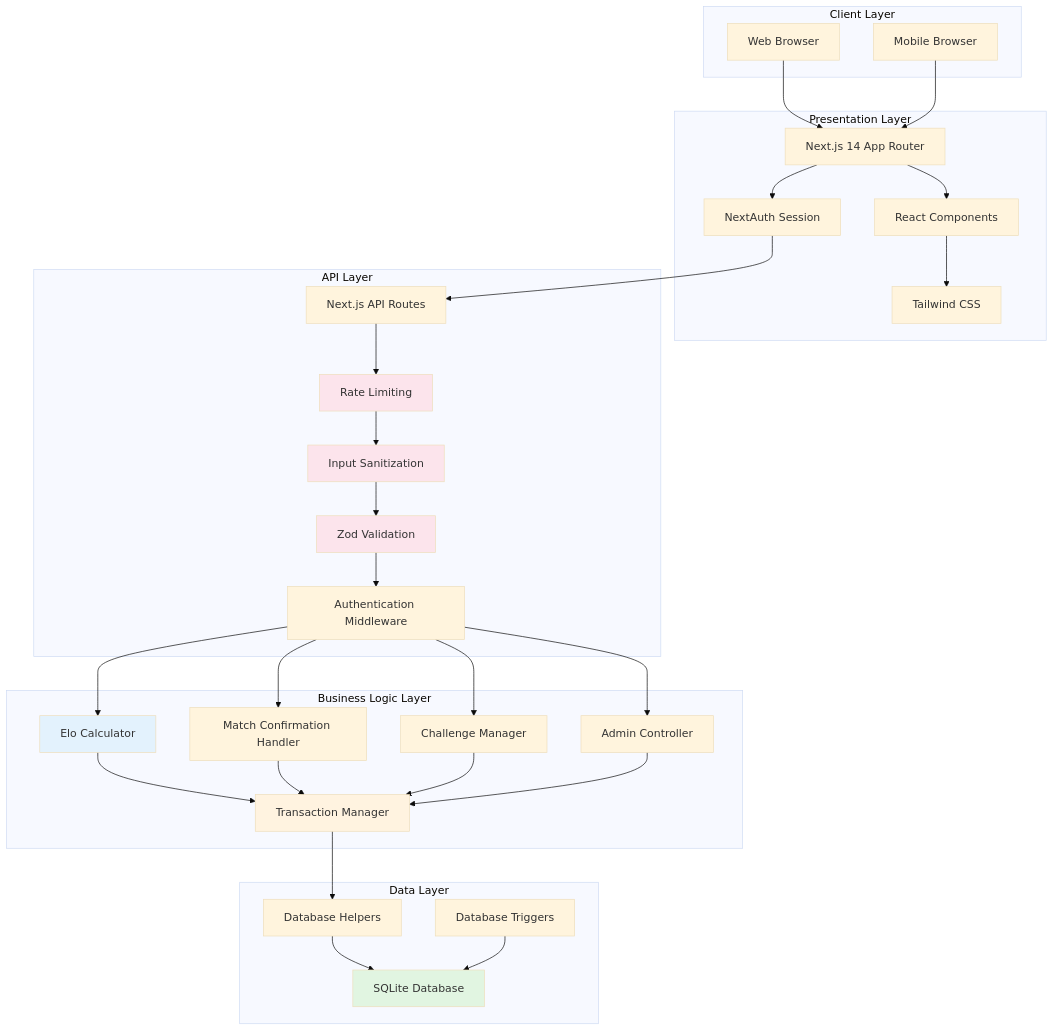
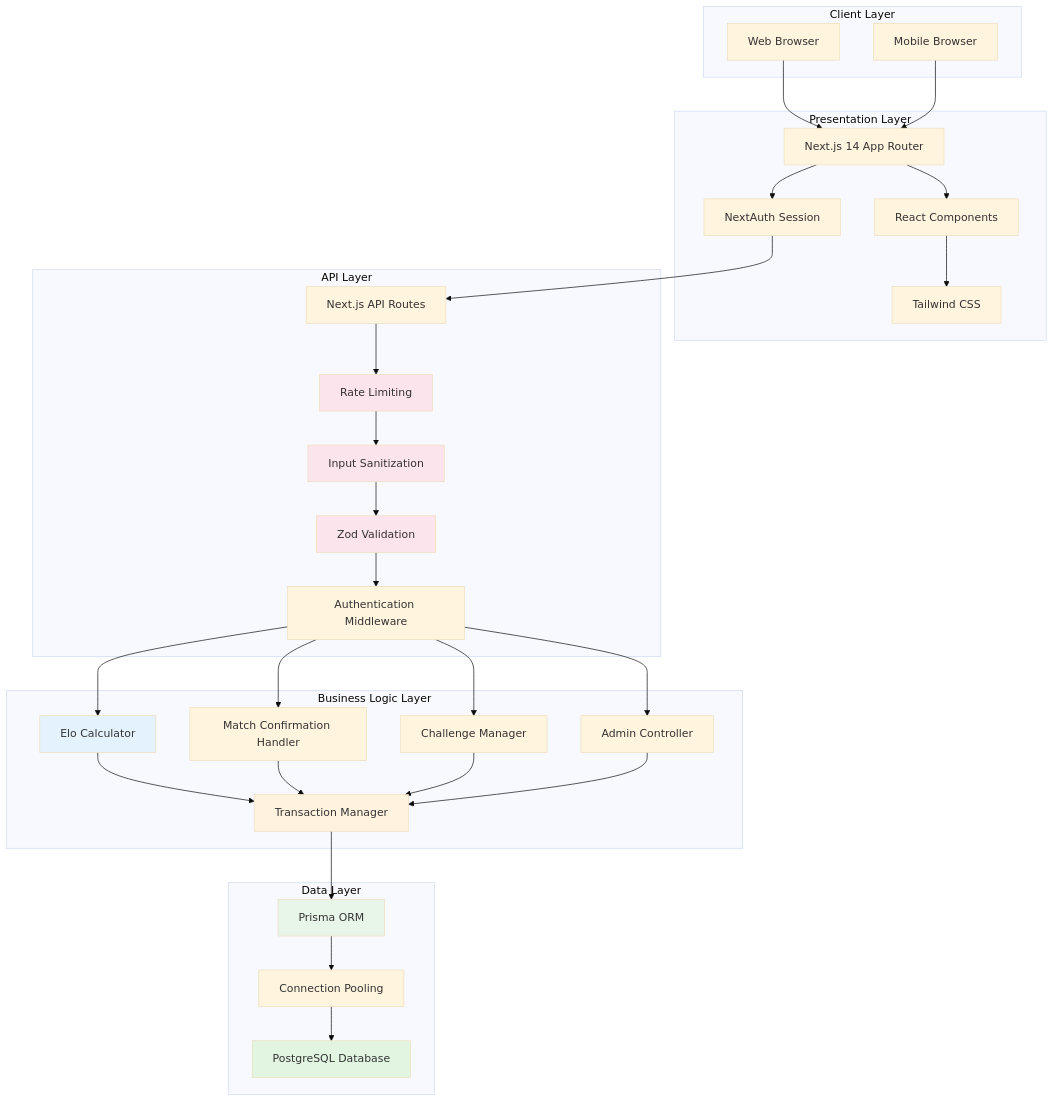
One commit to UziB26/leagueladder changed the first of 17 diagrams in doc/architecture.md. Above: the diagram before and after it, drawn with Mermaid (base theme). The commit also changed other lines of this file and 7 other files, not shown here.

````diff
--- a/doc/architecture.md
+++ b/doc/architecture.md
@@ -5,65 +10,66 @@
 ```mermaid
 graph TB
     subgraph "Client Layer"
         A[Web Browser]
         B[Mobile Browser]
     end
     
     subgraph "Presentation Layer"
         C[Next.js 14 App Router]
         D[React Components]
         E[Tailwind CSS]
         F[NextAuth Session]
     end
     
     subgraph "API Layer"
         G[Next.js API Routes]
         H[Rate Limiting]
         I[Input Sanitization]
         J[Zod Validation]
         K[Authentication Middleware]
     end
     
     subgraph "Business Logic Layer"
         L[Elo Calculator]
         M[Match Confirmation Handler]
         N[Challenge Manager]
         O[Admin Controller]
         P[Transaction Manager]
     end
     
     subgraph "Data Layer"
-        Q[SQLite Database]
-        R[Database Helpers]
-        S[Database Triggers]
+        Q[PostgreSQL Database]
+        R[Prisma ORM]
+        S[Connection Pooling]
     end
     
     A --> C
     B --> C
     C --> D
     D --> E
     C --> F
     F --> G
     G --> H
     H --> I
     I --> J
     J --> K
     K --> L
     K --> M
     K --> N
     K --> O
     L --> P
     M --> P
     N --> P
     O --> P
     P --> R
-    R --> Q
+    R --> S
     S --> Q
     
     style Q fill:#e1f5e1
     style L fill:#e3f2fd
     style P fill:#fff3e0
     style H fill:#fce4ec
     style I fill:#fce4ec
     style J fill:#fce4ec
+    style R fill:#e8f5e9
 ```
````
